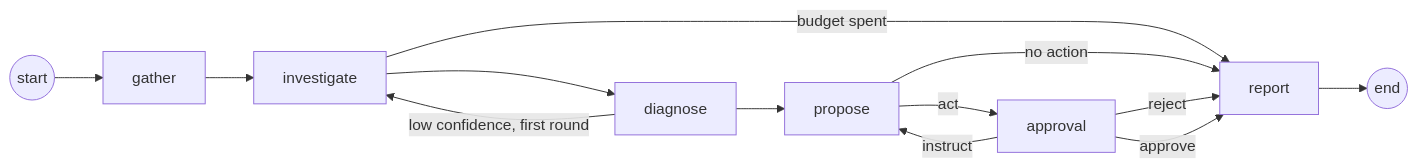
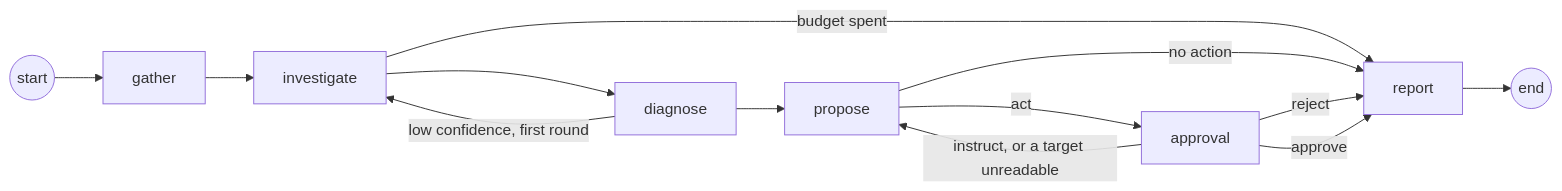
One commit to DannyKuk/bleep changed the diagram in docs/design/graph.md. Above: the diagram before and after it, drawn with Mermaid. The commit also changed other lines of this file and 16 other files, not shown here.

````diff
--- a/docs/design/graph.md
+++ b/docs/design/graph.md
@@ -7,15 +7,15 @@
 ```mermaid
 flowchart LR
     S((start)) --> G[gather]
     G --> I[investigate]
     I -->|budget spent| R[report]
     I --> D[diagnose]
     D -->|low confidence, first round| I
     D --> P[propose]
     P -->|no action| R
     P -->|act| A[approval]
-    A -->|instruct| P
+    A -->|instruct, or a target unreadable| P
     A -->|reject| R
     A -->|approve| R
     R --> E((end))
 ```
````
